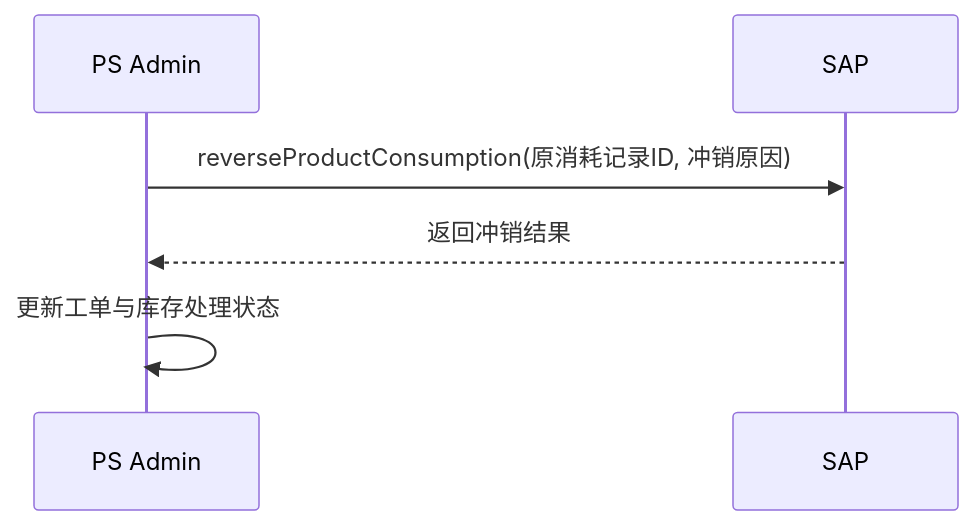
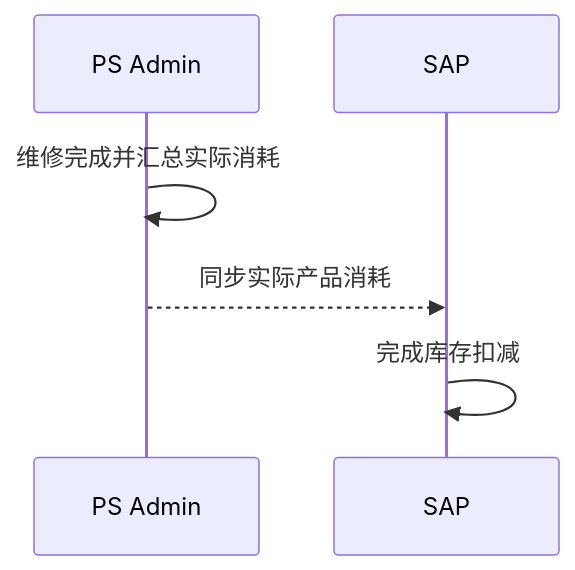
Diagram 17 of 43 in 文档/GM系统需求说明.md (guguohai/gmps), drawn with Mermaid before and after one commit. The commit also changed other lines of this file and 31 other files, not shown here.

````diff
--- a/文档/GM系统需求说明.md
+++ b/文档/GM系统需求说明.md
@@ -841,9 +830,9 @@
 ```mermaid
 sequenceDiagram
     participant PS as PS Admin
     participant SAP as SAP
 
-    PS->>SAP: reverseProductConsumption(原消耗记录ID, 冲销原因)
-    SAP-->>PS: 返回冲销结果
-    PS->>PS: 更新工单与库存处理状态
+    PS->>PS: 维修完成并汇总实际消耗
+    PS-->>SAP: 同步实际产品消耗
+    SAP->>SAP: 完成库存扣减
 ```
````
